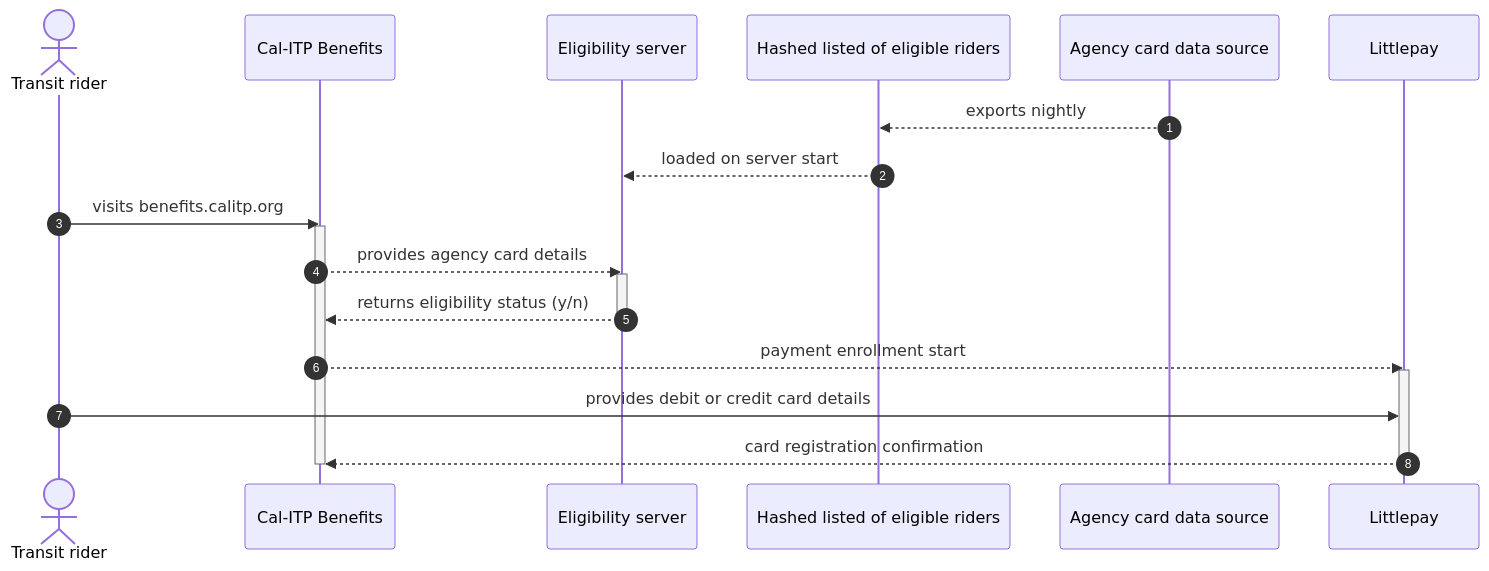
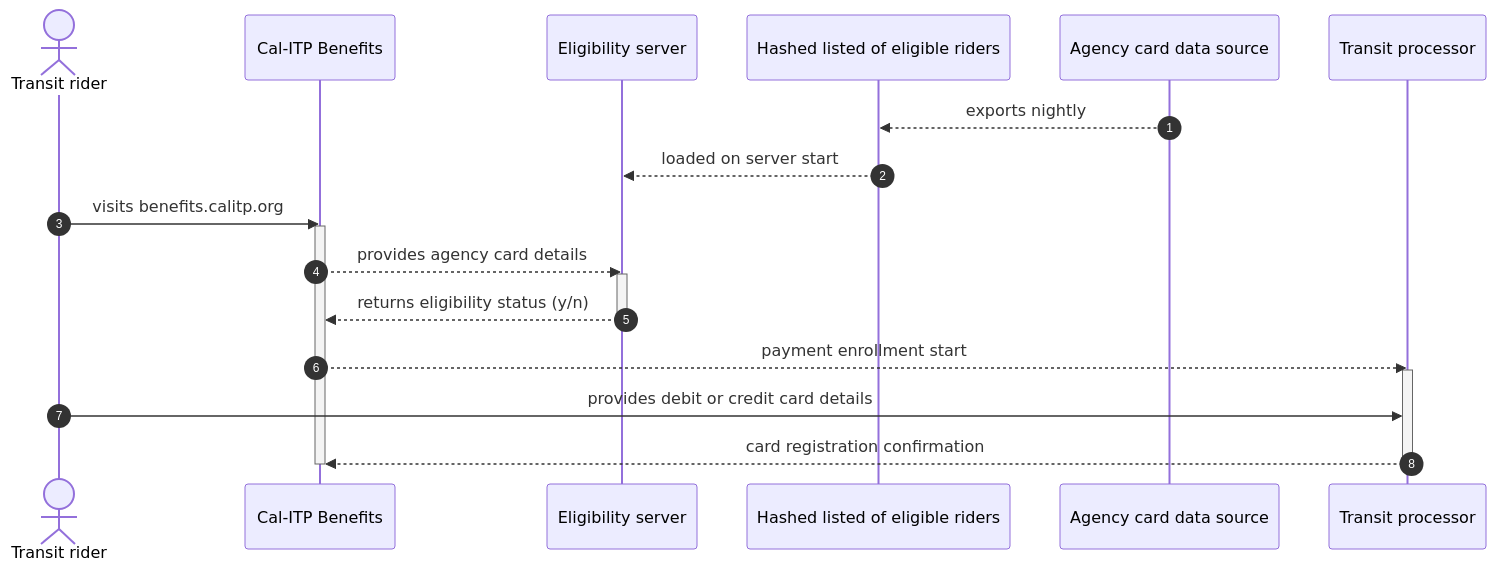
Before and after one commit to cal-itp/benefits: the second of 2 diagrams in docs/enrollment-pathways/agency-cards.md, drawn with Mermaid. The commit also changed 5 other files, not shown here.

Commit message:
updating mermaid charts, adding transit processor section, parallel language for video demos

````diff
--- a/docs/enrollment-pathways/agency-cards.md
+++ b/docs/enrollment-pathways/agency-cards.md
@@ -59,26 +59,26 @@
 ```mermaid
 sequenceDiagram
 autonumber
     actor Transit rider
     participant Benefits as Cal-ITP Benefits
     participant elig_server as Eligibility server
     participant ac_data as Hashed listed of eligible riders
     participant Agency card data source
-    participant Littlepay
+    participant Transit processor
 
     Agency card data source-->>ac_data: exports nightly
        activate ac_data
     ac_data-->>elig_server: loaded on server start
     Transit rider->>Benefits: visits benefits.calitp.org
         activate Benefits
     Benefits-->>elig_server: provides agency card details
         activate elig_server
     elig_server-->>Benefits: returns eligibility status (y/n)
         deactivate elig_server
-    Benefits-->>Littlepay: payment enrollment start
-        activate Littlepay
-    Transit rider->>Littlepay: provides debit or credit card details
-    Littlepay-->>Benefits: card registration confirmation
-        deactivate Littlepay
+    Benefits-->>Transit processor: payment enrollment start
+        activate Transit processor
+    Transit rider->>Transit processor: provides debit or credit card details
+    Transit processor-->>Benefits: card registration confirmation
+        deactivate Transit processor
         deactivate Benefits
 ```
````
